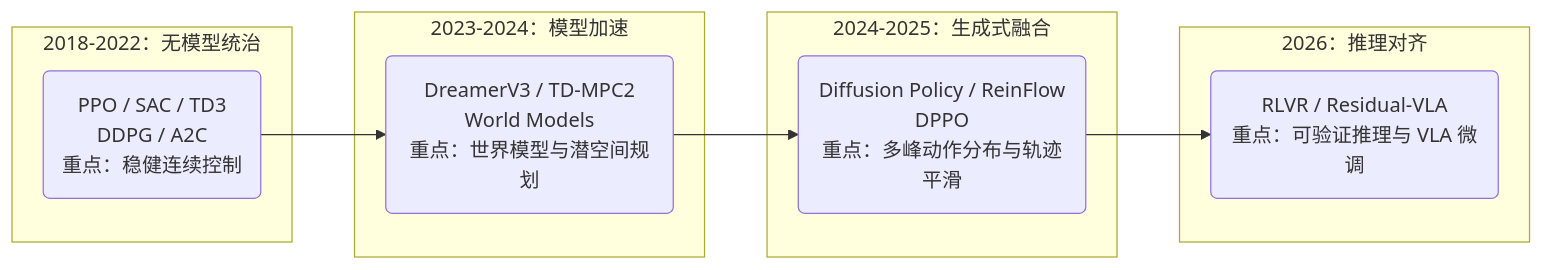
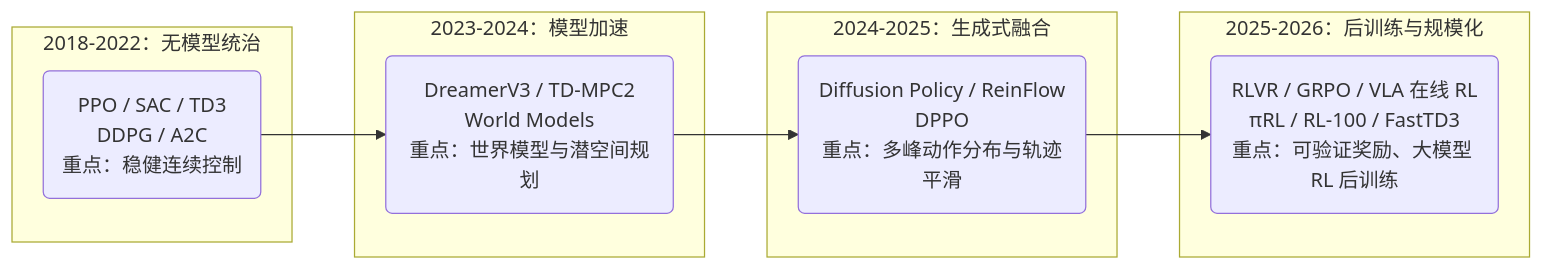
The second of 24 diagrams in _posts/research/2026-04-25-Reinforcement-Learning-Survey.md (TingdeLiu/tingdeliu.github.io), drawn with Mermaid before and after one commit. The commit also changed other lines of this file and 17 other files, not shown here.

````diff
--- a/_posts/research/2026-04-25-Reinforcement-Learning-Survey.md
+++ b/_posts/research/2026-04-25-Reinforcement-Learning-Survey.md
@@ -120,22 +187,22 @@
 ```mermaid
 graph LR
     A[基础控制期] --> B[效率飞跃期]
     B --> C[生成式变革期]
     C --> D[逻辑推理期]
 
     subgraph "2018-2022：无模型统治"
     A("PPO / SAC / TD3<br/>DDPG / A2C<br/>重点：稳健连续控制")
     end
 
     subgraph "2023-2024：模型加速"
     B("DreamerV3 / TD-MPC2<br/>World Models<br/>重点：世界模型与潜空间规划")
     end
 
     subgraph "2024-2025：生成式融合"
     C("Diffusion Policy / ReinFlow<br/>DPPO<br/>重点：多峰动作分布与轨迹平滑")
     end
 
-    subgraph "2026：推理对齐"
-    D("RLVR / Residual-VLA<br/>重点：可验证推理与 VLA 微调")
+    subgraph "2025-2026：后训练与规模化"
+    D("RLVR / GRPO / VLA 在线 RL<br/>πRL / RL-100 / FastTD3<br/>重点：可验证奖励、大模型 RL 后训练")
     end
 ```
````
